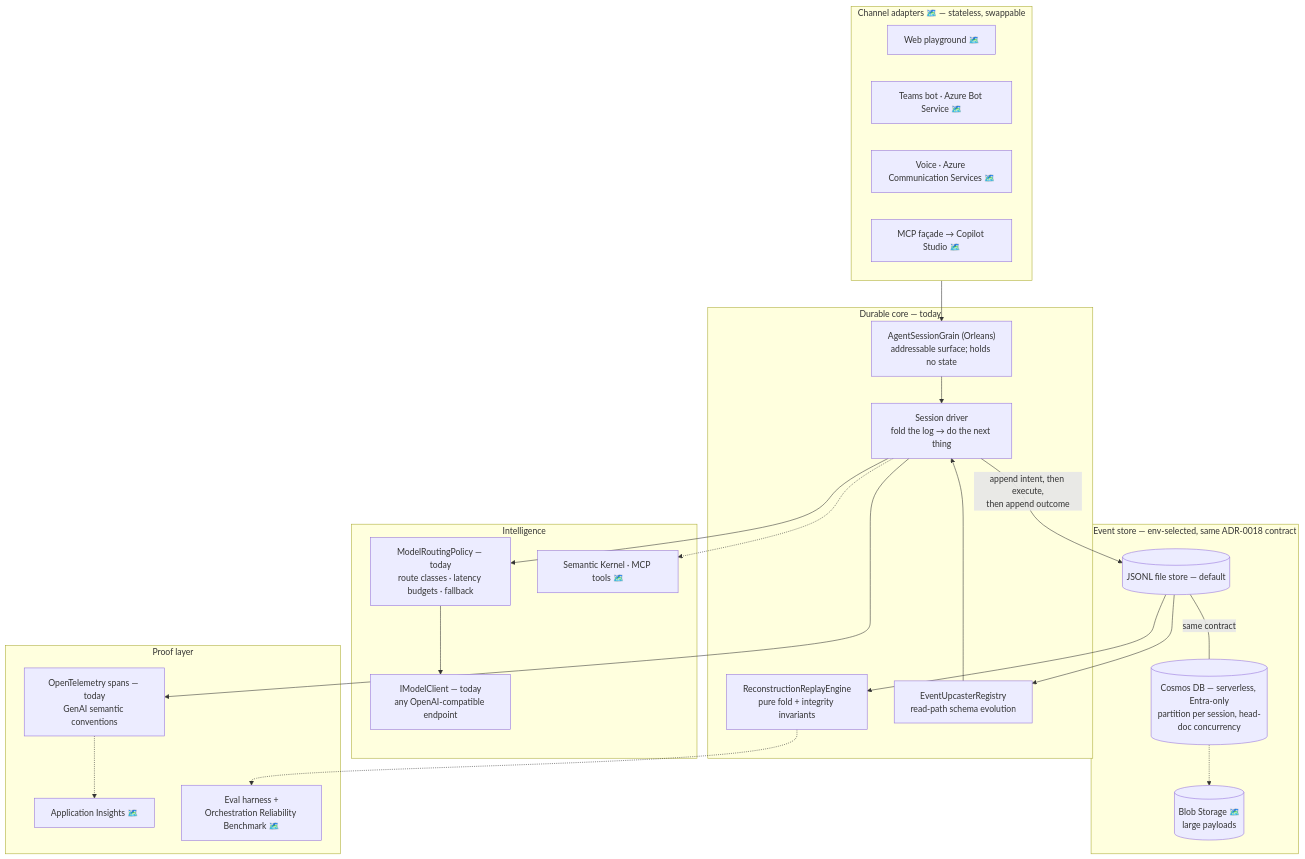
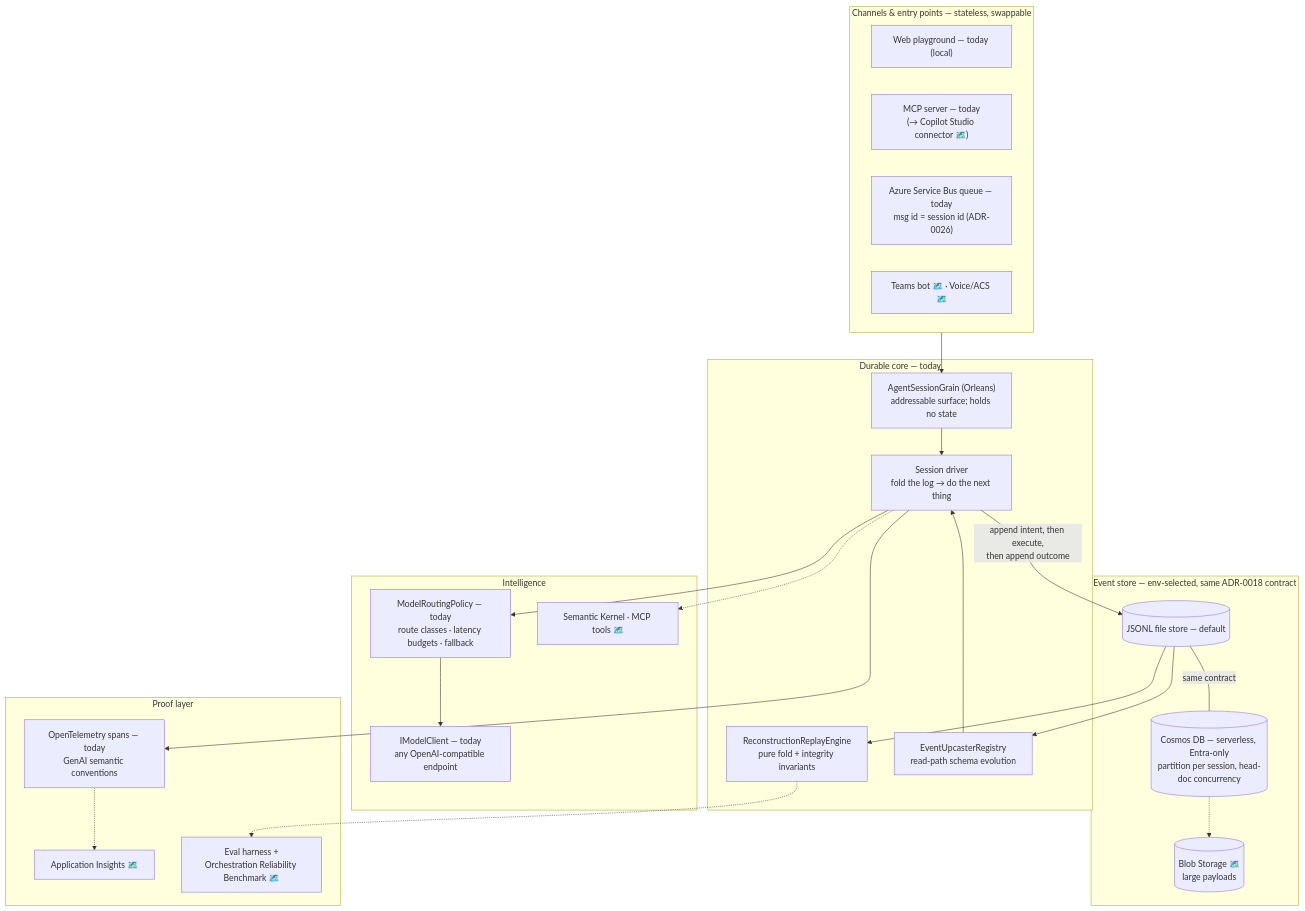
The diagram in docs/architecture.md (parammadan/aurelia), drawn with Mermaid before and after one commit. The commit also changed 2 other files, not shown here.

Commit message:
docs freshness: readme, architecture, defense

````diff
--- a/docs/architecture.md
+++ b/docs/architecture.md
@@ -7,47 +7,47 @@
 ```mermaid
 flowchart TD
-    subgraph CH["Channel adapters 🗺️ — stateless, swappable"]
-        WEB["Web playground 🗺️"]
-        TEAMS["Teams bot · Azure Bot Service 🗺️"]
-        VOICE["Voice · Azure Communication Services 🗺️"]
-        MCPF["MCP façade → Copilot Studio 🗺️"]
+    subgraph CH["Channels & entry points — stateless, swappable"]
+        PLAY["Web playground — today (local)"]
+        MCPF["MCP server — today<br/>(→ Copilot Studio connector 🗺️)"]
+        SB["Azure Service Bus queue — today<br/>msg id = session id (ADR-0026)"]
+        TEAMS["Teams bot 🗺️ · Voice/ACS 🗺️"]
     end
 
     subgraph CORE["Durable core — today"]
         GRAIN["AgentSessionGrain (Orleans)<br/>addressable surface; holds no state"]
         DRIVER["Session driver<br/>fold the log → do the next thing"]
         REPLAY["ReconstructionReplayEngine<br/>pure fold + integrity invariants"]
         UPCAST["EventUpcasterRegistry<br/>read-path schema evolution"]
     end
 
     subgraph STORE["Event store — env-selected, same ADR-0018 contract"]
         FILE[("JSONL file store — default")]
         COSMOS[("Cosmos DB — serverless, Entra-only<br/>partition per session, head-doc concurrency")]
         BLOB[("Blob Storage 🗺️<br/>large payloads")]
     end
 
     subgraph INTEL["Intelligence"]
         ROUTE["ModelRoutingPolicy — today<br/>route classes · latency budgets · fallback"]
         MODEL["IModelClient — today<br/>any OpenAI-compatible endpoint"]
         SKMCP["Semantic Kernel · MCP tools 🗺️"]
     end
 
     subgraph PROOF["Proof layer"]
         OTELN["OpenTelemetry spans — today<br/>GenAI semantic conventions"]
         APPIN["Application Insights 🗺️"]
         EVAL["Eval harness +<br/>Orchestration Reliability Benchmark 🗺️"]
     end
 
     CH --> GRAIN
     GRAIN --> DRIVER
     DRIVER -->|"append intent, then execute,<br/>then append outcome"| FILE
     FILE --> UPCAST --> DRIVER
     FILE --> REPLAY
     DRIVER --> OTELN
     DRIVER --> ROUTE --> MODEL
     DRIVER -.-> SKMCP
     FILE ---|same contract| COSMOS
     COSMOS -.-> BLOB
     OTELN -.-> APPIN
     REPLAY -.-> EVAL
 ```
````
